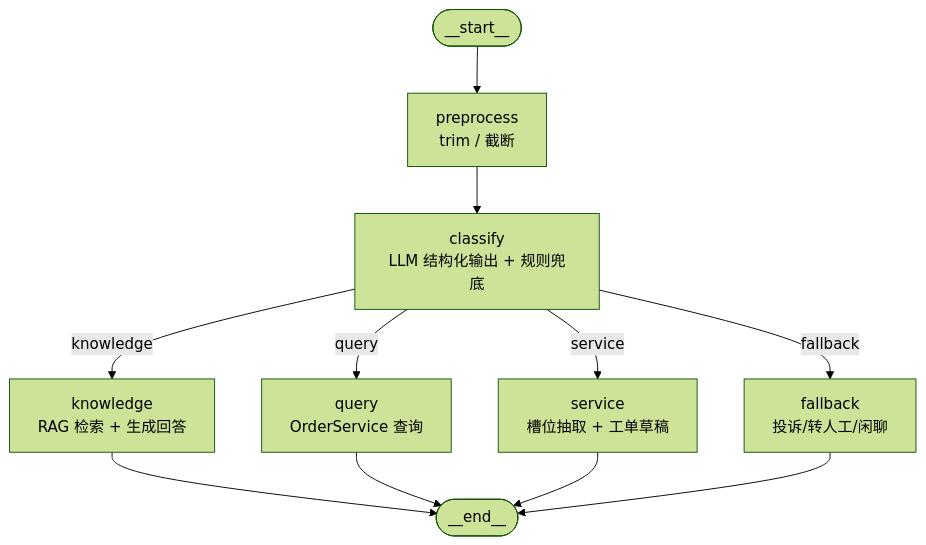
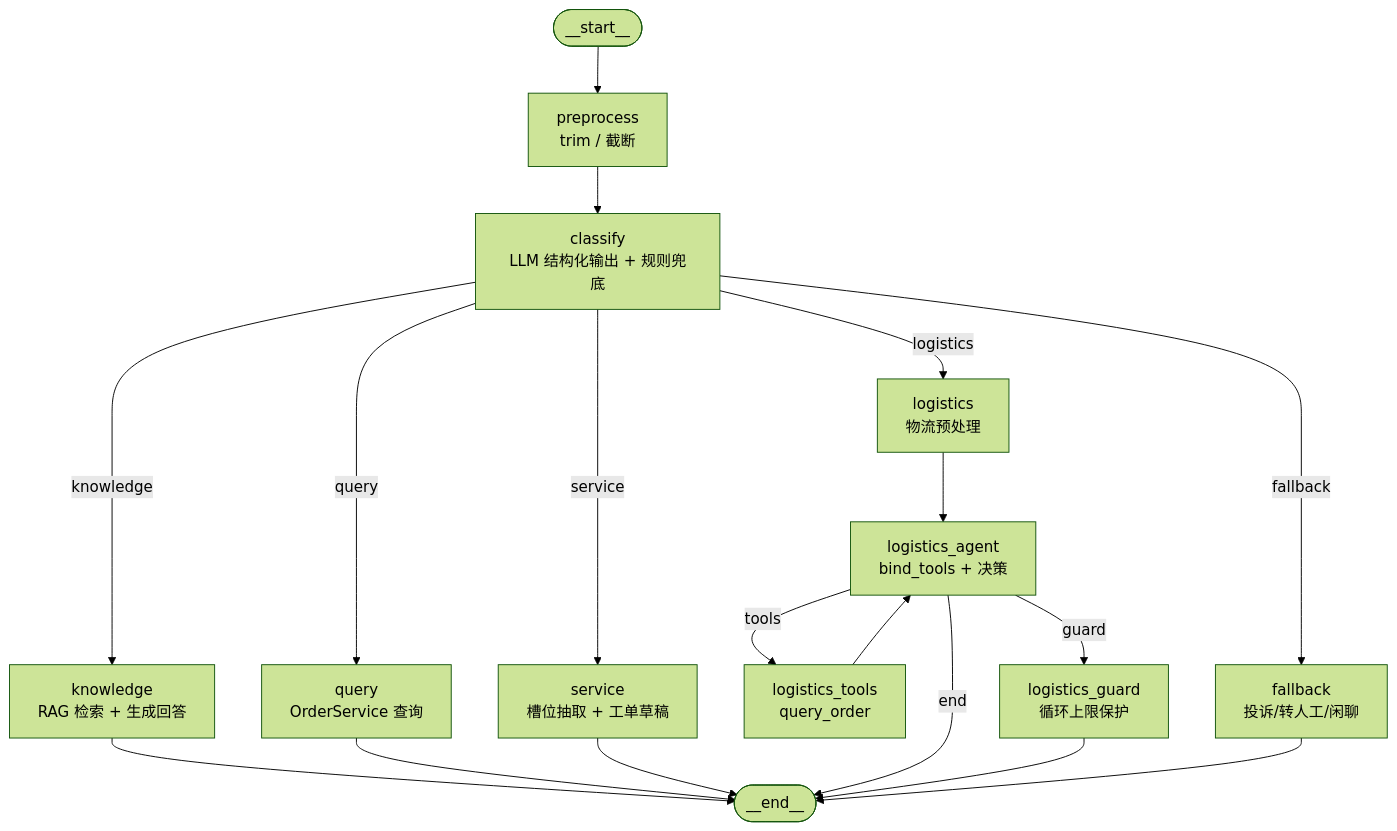
The diagram in docs/architecture.md (II777II/qa-ticket-agent), drawn with Mermaid (forest theme) before and after one commit. The commit also changed other lines of this file and 24 other files, not shown here.

````diff
--- a/docs/architecture.md
+++ b/docs/architecture.md
@@ -42,13 +42,20 @@
 ```mermaid
 flowchart TD
     S([__start__]) --> P["preprocess<br/>trim / 截断"]
     P --> C["classify<br/>LLM 结构化输出 + 规则兜底"]
     C -- knowledge --> K["knowledge<br/>RAG 检索 + 生成回答"]
     C -- query --> Q["query<br/>OrderService 查询"]
     C -- service --> V["service<br/>槽位抽取 + 工单草稿"]
+    C -- logistics --> L["logistics<br/>物流预处理"]
+    L --> LA["logistics_agent<br/>bind_tools + 决策"]
+    LA -- tools --> LT["logistics_tools<br/>query_order"]
+    LT --> LA
+    LA -- guard --> LG["logistics_guard<br/>循环上限保护"]
     C -- fallback --> F["fallback<br/>投诉/转人工/闲聊"]
     K --> E([__end__])
     Q --> E
     V --> E
+    LA -- end --> E
+    LG --> E
     F --> E
 ```
````
